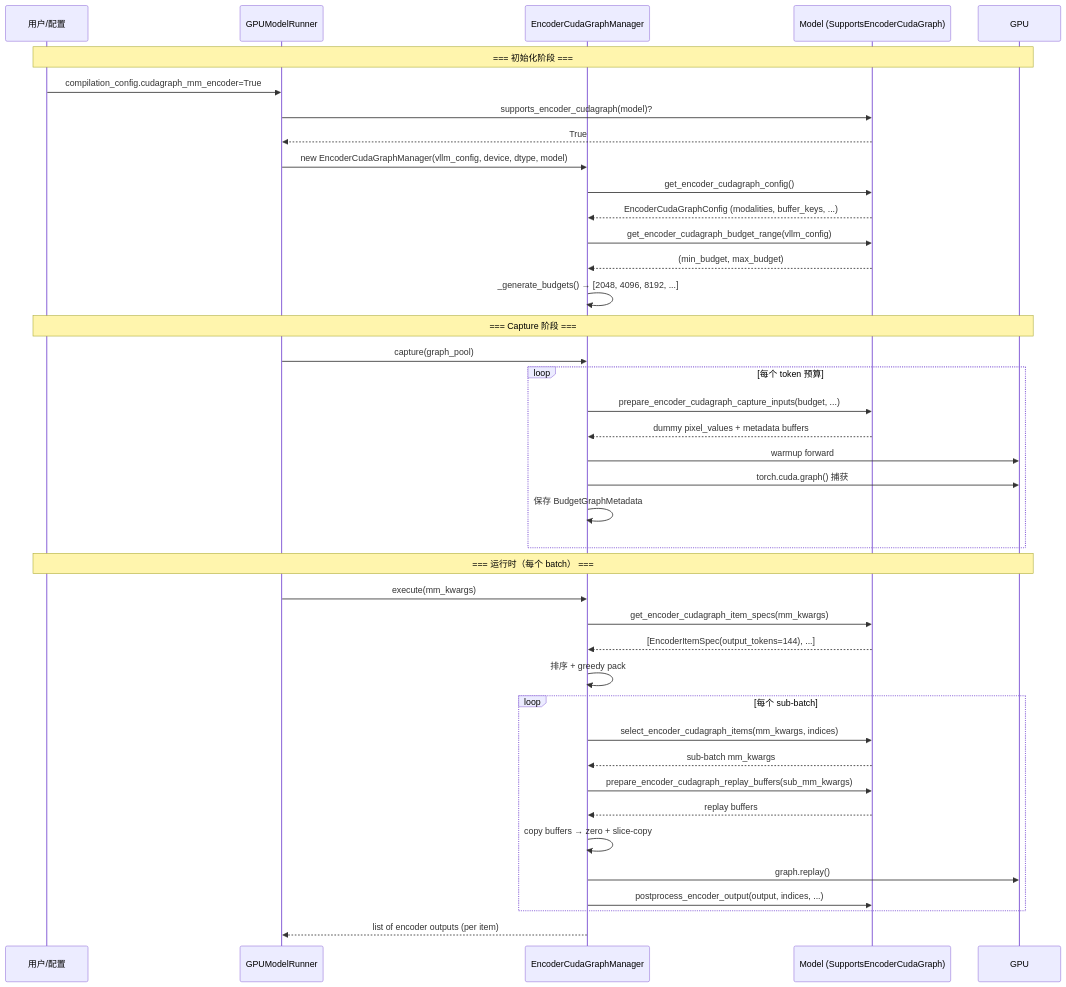
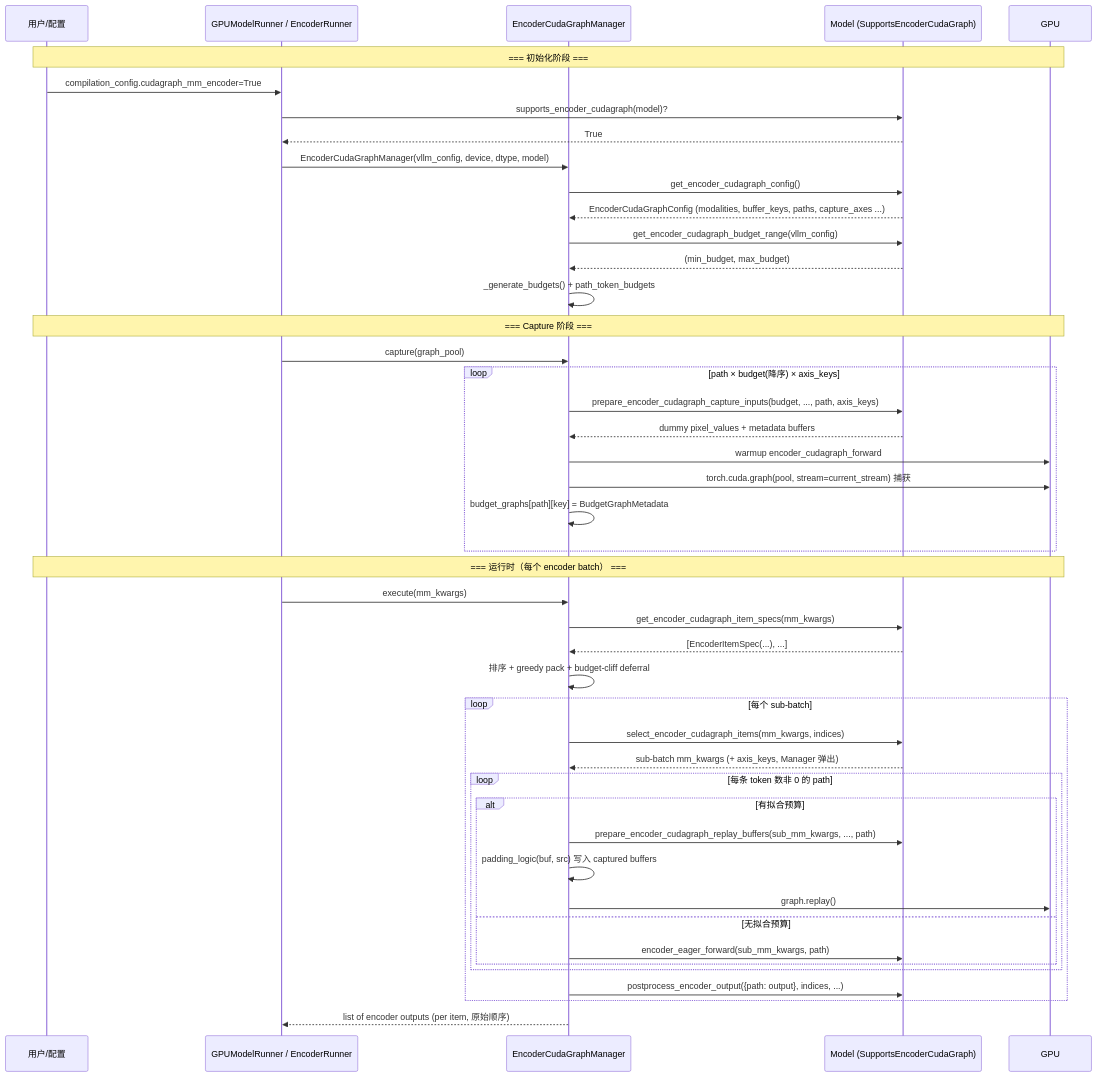
Before and after one commit to shen-shanshan/vllm-dev-skills: the third of 9 diagrams in skills/vllm-feature-tutorial/outputs/vit_full_cuda_graph.md, drawn with Mermaid. The commit also changed other lines of this file, not shown here.

Commit message:
Update vit cuda graph doc

````diff
--- a/skills/vllm-feature-tutorial/outputs/vit_full_cuda_graph.md
+++ b/skills/vllm-feature-tutorial/outputs/vit_full_cuda_graph.md
@@ -156,45 +181,50 @@
 ```mermaid
 sequenceDiagram
     participant User as 用户/配置
-    participant Runner as GPUModelRunner
+    participant Runner as GPUModelRunner / EncoderRunner
     participant Mgr as EncoderCudaGraphManager
     participant Model as Model (SupportsEncoderCudaGraph)
     participant GPU as GPU
 
     Note over User,GPU: === 初始化阶段 ===
     User->>Runner: compilation_config.cudagraph_mm_encoder=True
     Runner->>Model: supports_encoder_cudagraph(model)?
     Model-->>Runner: True
-    Runner->>Mgr: new EncoderCudaGraphManager(vllm_config, device, dtype, model)
+    Runner->>Mgr: EncoderCudaGraphManager(vllm_config, device, dtype, model)
     Mgr->>Model: get_encoder_cudagraph_config()
-    Model-->>Mgr: EncoderCudaGraphConfig (modalities, buffer_keys, ...)
+    Model-->>Mgr: EncoderCudaGraphConfig (modalities, buffer_keys, paths, capture_axes ...)
     Mgr->>Model: get_encoder_cudagraph_budget_range(vllm_config)
     Model-->>Mgr: (min_budget, max_budget)
-    Mgr->>Mgr: _generate_budgets() → [2048, 4096, 8192, ...]
+    Mgr->>Mgr: _generate_budgets() + path_token_budgets
 
     Note over User,GPU: === Capture 阶段 ===
     Runner->>Mgr: capture(graph_pool)
-    loop 每个 token 预算
-        Mgr->>Model: prepare_encoder_cudagraph_capture_inputs(budget, ...)
+    loop path × budget(降序) × axis_keys
+        Mgr->>Model: prepare_encoder_cudagraph_capture_inputs(budget, ..., path, axis_keys)
         Model-->>Mgr: dummy pixel_values + metadata buffers
-        Mgr->>GPU: warmup forward
-        Mgr->>GPU: torch.cuda.graph() 捕获
-        Mgr->>Mgr: 保存 BudgetGraphMetadata
+        Mgr->>GPU: warmup encoder_cudagraph_forward
+        Mgr->>GPU: torch.cuda.graph(pool, stream=current_stream) 捕获
+        Mgr->>Mgr: budget_graphs[path][key] = BudgetGraphMetadata
     end
 
-    Note over User,GPU: === 运行时（每个 batch） ===
+    Note over User,GPU: === 运行时（每个 encoder batch） ===
     Runner->>Mgr: execute(mm_kwargs)
     Mgr->>Model: get_encoder_cudagraph_item_specs(mm_kwargs)
-    Model-->>Mgr: [EncoderItemSpec(output_tokens=144), ...]
-    Mgr->>Mgr: 排序 + greedy pack
+    Model-->>Mgr: [EncoderItemSpec(...), ...]
+    Mgr->>Mgr: 排序 + greedy pack + budget-cliff deferral
     loop 每个 sub-batch
         Mgr->>Model: select_encoder_cudagraph_items(mm_kwargs, indices)
-        Model-->>Mgr: sub-batch mm_kwargs
-        Mgr->>Model: prepare_encoder_cudagraph_replay_buffers(sub_mm_kwargs)
-        Model-->>Mgr: replay buffers
-        Mgr->>Mgr: copy buffers → zero + slice-copy
-        Mgr->>GPU: graph.replay()
-        Mgr->>Model: postprocess_encoder_output(output, indices, ...)
+        Model-->>Mgr: sub-batch mm_kwargs (+ axis_keys, Manager 弹出)
+        loop 每条 token 数非 0 的 path
+            alt 有拟合预算
+                Mgr->>Model: prepare_encoder_cudagraph_replay_buffers(sub_mm_kwargs, ..., path)
+                Mgr->>Mgr: padding_logic(buf, src) 写入 captured buffers
+                Mgr->>GPU: graph.replay()
+            else 无拟合预算
+                Mgr->>Model: encoder_eager_forward(sub_mm_kwargs, path)
+            end
+        end
+        Mgr->>Model: postprocess_encoder_output({path: output}, indices, ...)
     end
-    Mgr-->>Runner: list of encoder outputs (per item)
+    Mgr-->>Runner: list of encoder outputs (per item, 原始顺序)
 ```
````
